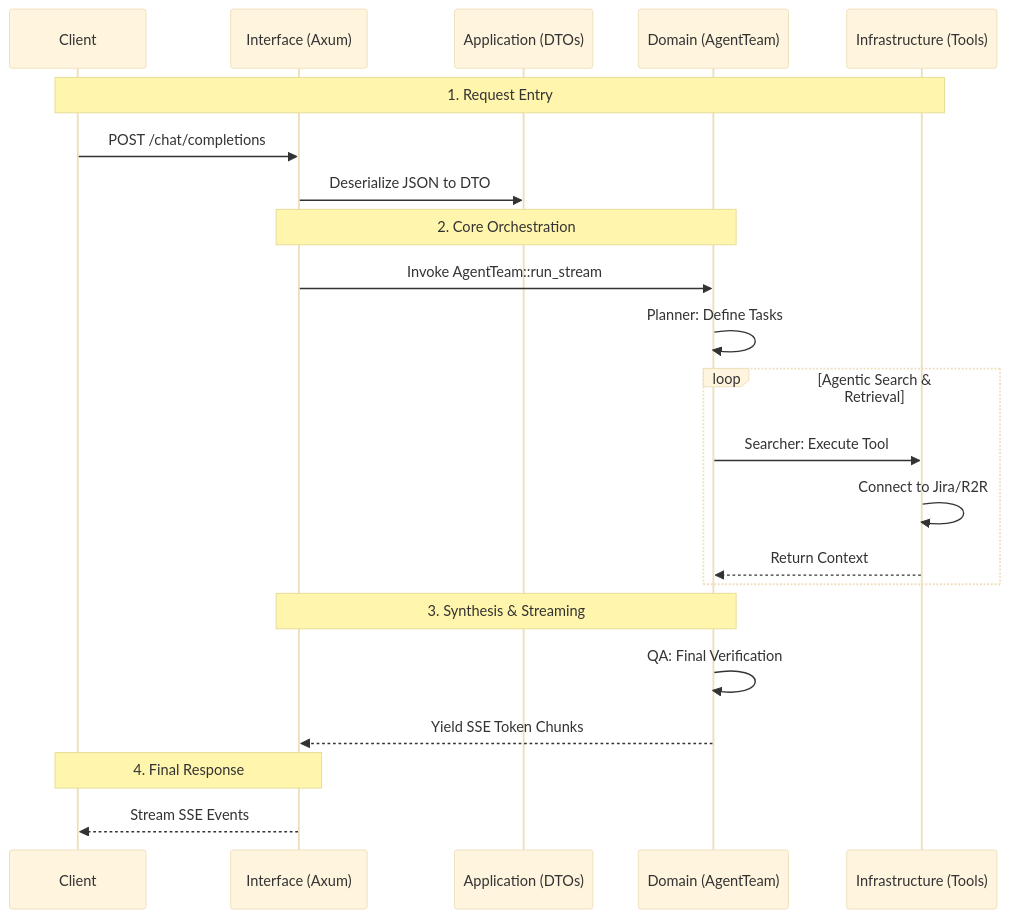
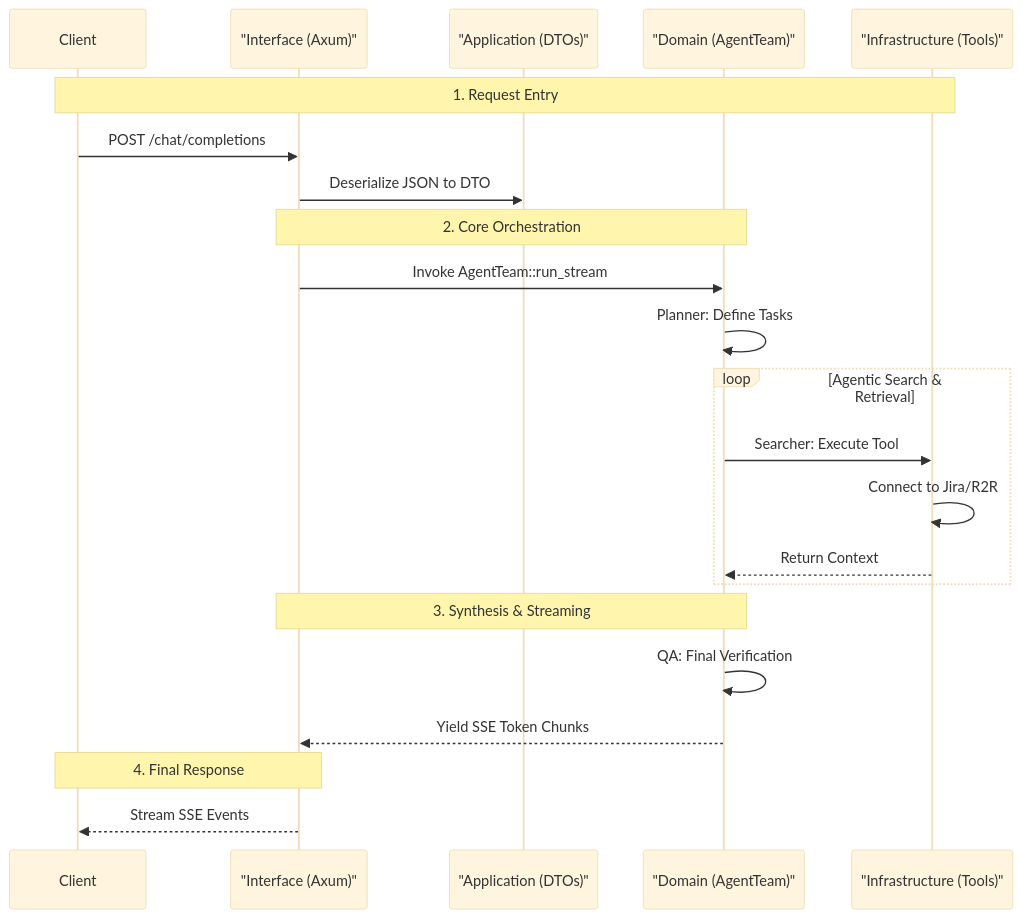
The diagram in wiki/completion_sequence.md (lgcorzo/fastapi-autogen-team), drawn with Mermaid (base theme) before and after one commit. The commit also changed 3 other files, not shown here.

````diff
--- a/wiki/completion_sequence.md
+++ b/wiki/completion_sequence.md
@@ -9,29 +9,30 @@
 ```mermaid
 sequenceDiagram
     participant C as Client
-    participant I as Interface (Axum)
-    participant A as Application (DTOs)
-    participant D as Domain (AgentTeam)
-    participant Inf as Infrastructure (Tools)
+    participant I as "Interface (Axum)"
+    participant A as "Application (DTOs)"
+    participant D as "Domain (AgentTeam)"
+    participant Inf as "Infrastructure (Tools)"
+
 
     Note over C,Inf: 1. Request Entry
     C->>I: POST /chat/completions
     I->>A: Deserialize JSON to DTO
     
     Note over I,D: 2. Core Orchestration
     I->>D: Invoke AgentTeam::run_stream
     D->>D: Planner: Define Tasks
     
     loop Agentic Search & Retrieval
         D->>Inf: Searcher: Execute Tool
         Inf->>Inf: Connect to Jira/R2R
         Inf-->>D: Return Context
     end
 
     Note over D,I: 3. Synthesis & Streaming
     D->>D: QA: Final Verification
     D-->>I: Yield SSE Token Chunks
     
     Note over I,C: 4. Final Response
     I-->>C: Stream SSE Events 
 ```
````
